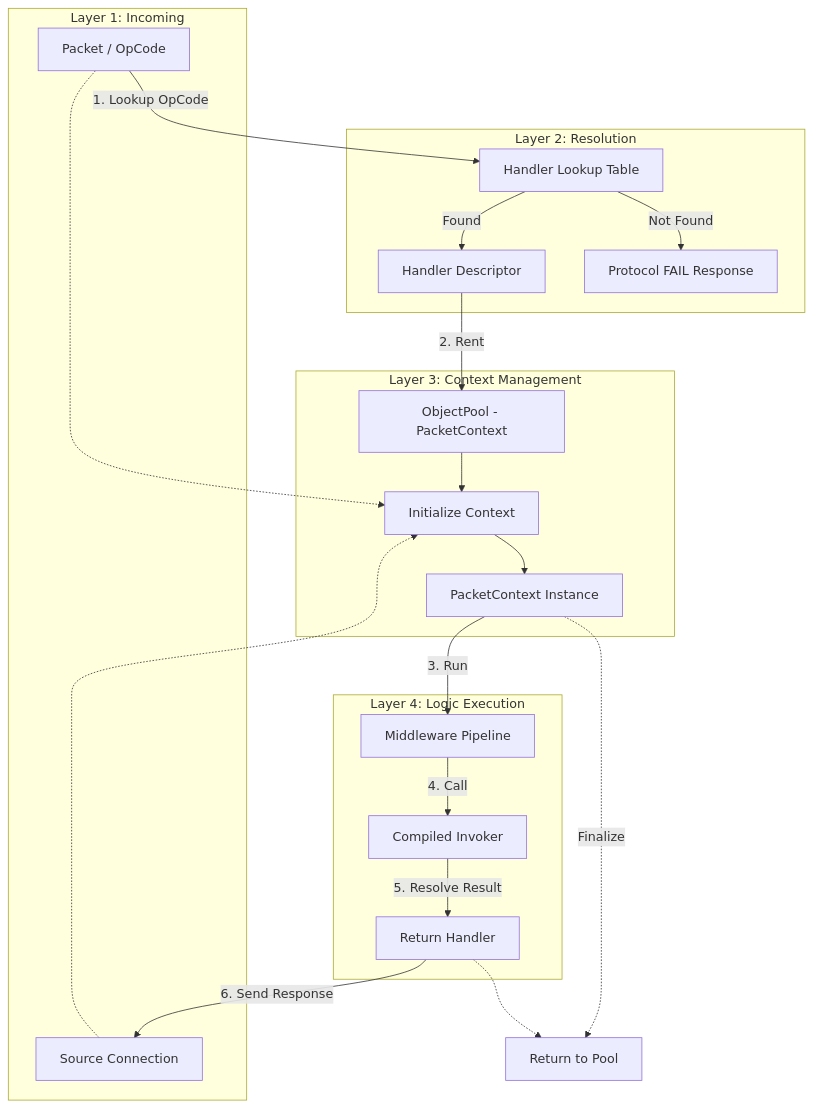
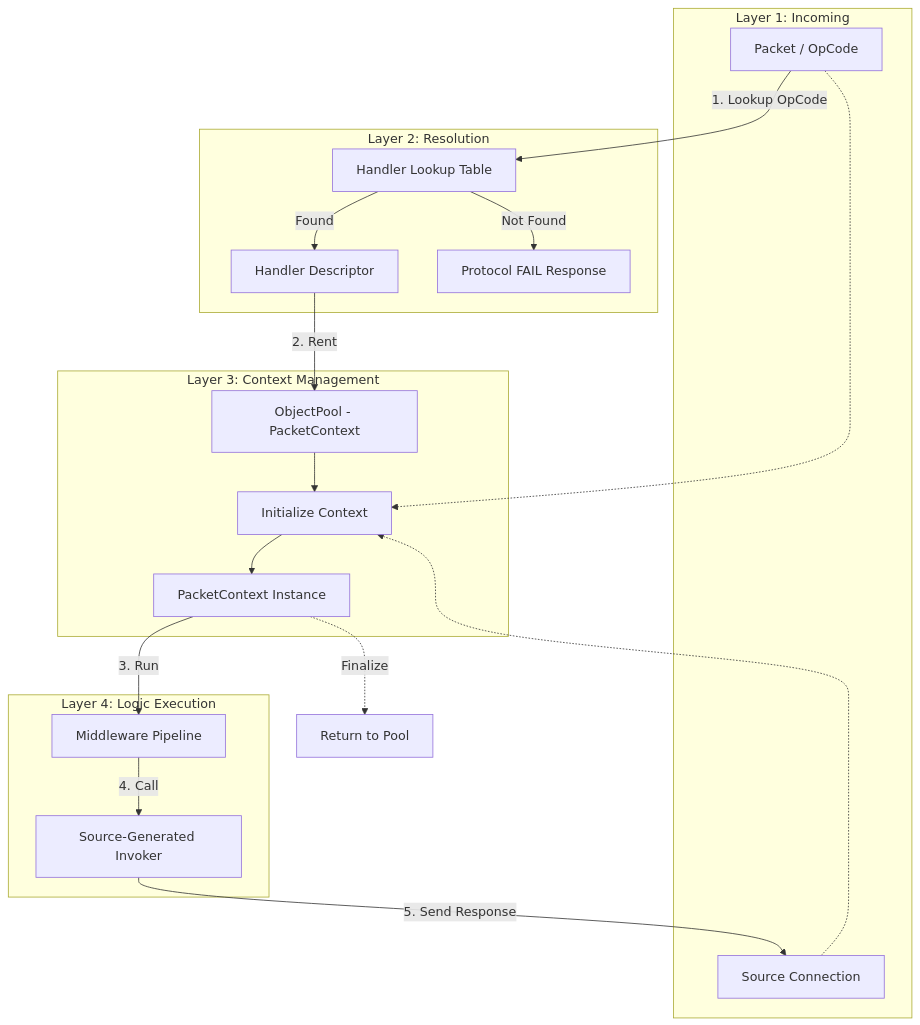
Before and after one commit to ppn-systems/Nalix: the diagram in docs/api/runtime/routing/index.md, drawn with Mermaid. The commit also changed other lines of this file and 63 other files, not shown here.

````diff
--- a/docs/api/runtime/routing/index.md
+++ b/docs/api/runtime/routing/index.md
@@ -9,42 +9,39 @@
 ```mermaid
 flowchart TD
     subgraph Ingress[Layer 1: Incoming]
         P[Packet / OpCode]
         C[Source Connection]
     end
 
     subgraph Resolution[Layer 2: Resolution]
         Table[Handler Lookup Table]
         Desc[Handler Descriptor]
         Error[Protocol FAIL Response]
-        
+
         P -->|1. Lookup OpCode| Table
         Table -->|Found| Desc
         Table -->|Not Found| Error
     end
 
     subgraph State[Layer 3: Context Management]
         Pool[ObjectPool - PacketContext]
         Init[Initialize Context]
         Ctx[PacketContext Instance]
-        
+
         Desc -->|2. Rent| Pool
         Pool --> Init
         C & P -.-> Init
         Init --> Ctx
     end
 
     subgraph Execution[Layer 4: Logic Execution]
         MP[Middleware Pipeline]
-        Inv[Compiled Invoker]
-        RH[Return Handler]
-        
+        Inv[Source-Generated Invoker]
+
         Ctx -->|3. Run| MP
         MP -->|4. Call| Inv
-        Inv -->|5. Resolve Result| RH
-        RH -->|6. Send Response| C
+        Inv -->|5. Send Response| C
     end
 
     Ctx -.->|Finalize| Return[Return to Pool]
-    RH -.-> Return
 ```
````
